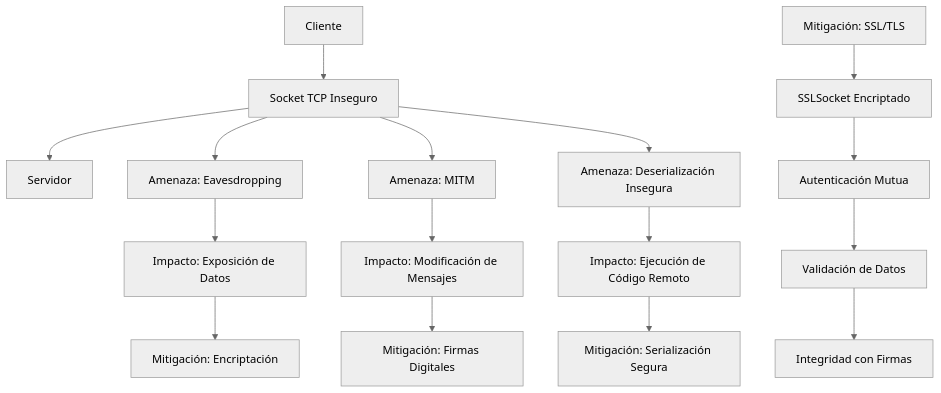
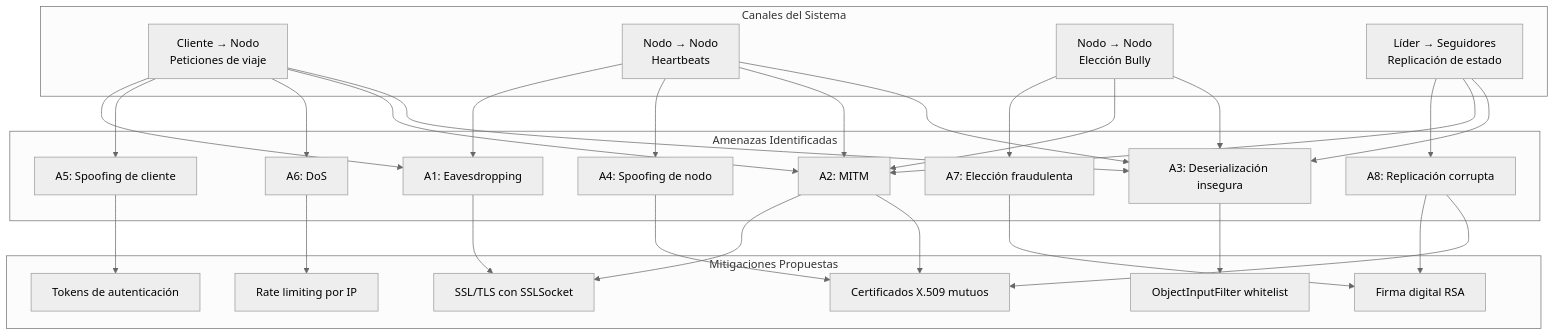
One commit to JoakoFuenzalida/ProyectoUberDistribuido changed the diagram in modelo_seguridad.md. Above: the diagram before and after it, drawn with Mermaid (neutral theme). The commit also changed other lines of this file and 1 other file, not shown here.

````diff
--- a/modelo_seguridad.md
+++ b/modelo_seguridad.md
@@ -57,21 +162,50 @@
 ```mermaid
 flowchart TD
-    A[Cliente] --> B[Socket TCP Inseguro]
-    B --> C[Servidor]
-    B --> D[Amenaza: Eavesdropping]
-    B --> E[Amenaza: MITM]
-    B --> F[Amenaza: Deserialización Insegura]
+    subgraph Canales["Canales del Sistema"]
+        C1[Cliente → Nodo<br/>Peticiones de viaje]
+        C2[Nodo → Nodo<br/>Heartbeats]
+        C3[Nodo → Nodo<br/>Elección Bully]
+        C4[Líder → Seguidores<br/>Replicación de estado]
+    end
 
-    G[Mitigación: SSL/TLS] --> H[SSLSocket Encriptado]
-    H --> I[Autenticación Mutua]
-    I --> J[Validación de Datos]
-    J --> K[Integridad con Firmas]
+    subgraph Amenazas["Amenazas Identificadas"]
+        A1[A1: Eavesdropping]
+        A2[A2: MITM]
+        A3[A3: Deserialización insegura]
+        A4[A4: Spoofing de nodo]
+        A5[A5: Spoofing de cliente]
+        A6[A6: DoS]
+        A7[A7: Elección fraudulenta]
+        A8[A8: Replicación corrupta]
+    end
 
-    D --> L[Impacto: Exposición de Datos]
-    E --> M[Impacto: Modificación de Mensajes]
-    F --> N[Impacto: Ejecución de Código Remoto]
+    subgraph Mitigaciones["Mitigaciones Propuestas"]
+        M1[SSL/TLS con SSLSocket]
+        M2[Certificados X.509 mutuos]
+        M3[ObjectInputFilter whitelist]
+        M4[Tokens de autenticación]
+        M5[Rate limiting por IP]
+        M6[Firma digital RSA]
+    end
 
-    L --> O[Mitigación: Encriptación]
-    M --> P[Mitigación: Firmas Digitales]
-    N --> Q[Mitigación: Serialización Segura]
+    C1 --> A1
+    C1 --> A5
+    C1 --> A6
+    C2 --> A1
+    C2 --> A4
+    C3 --> A7
+    C4 --> A8
+    C1 & C2 & C3 & C4 --> A2
+    C1 & C2 & C3 & C4 --> A3
+
+    A1 --> M1
+    A2 --> M1
+    A2 --> M2
+    A3 --> M3
+    A4 --> M2
+    A5 --> M4
+    A6 --> M5
+    A7 --> M6
+    A8 --> M6
+    A8 --> M2
 ```
````
